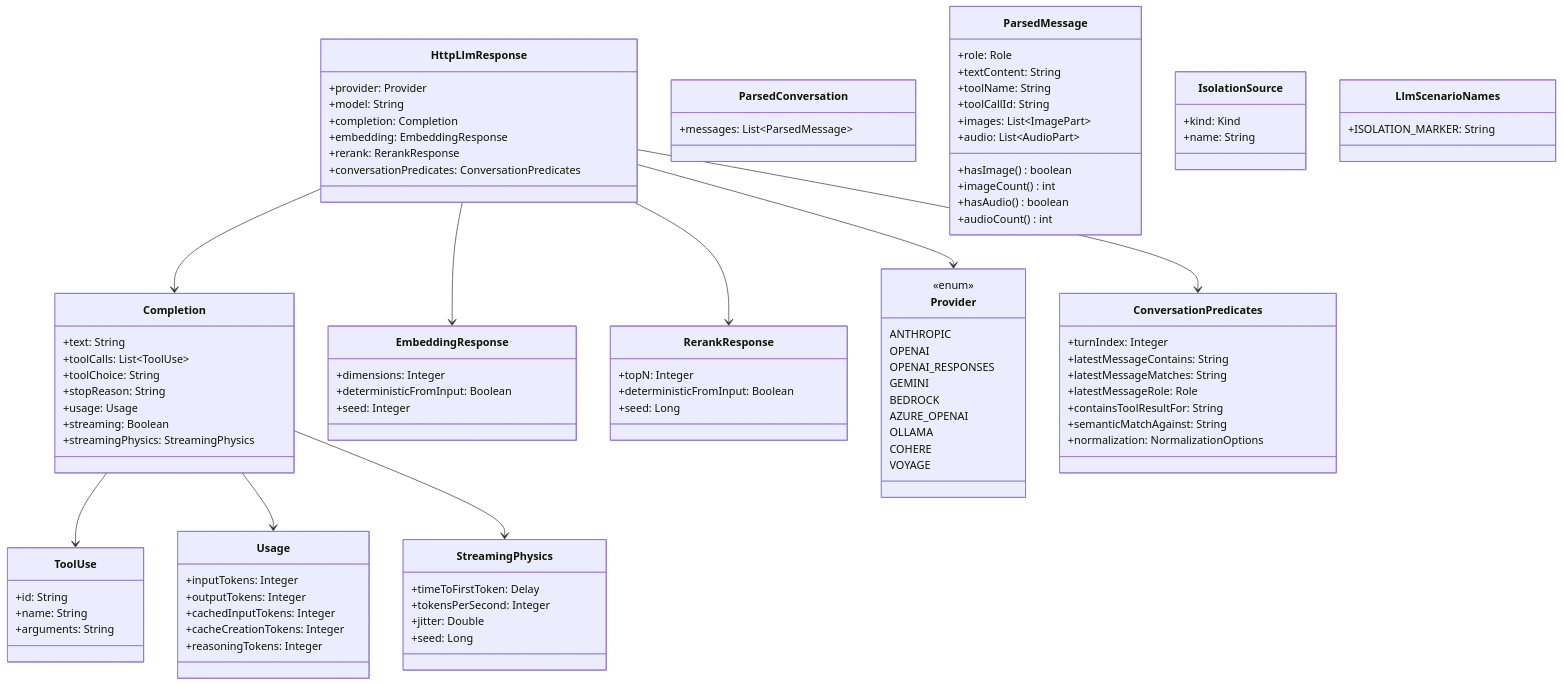
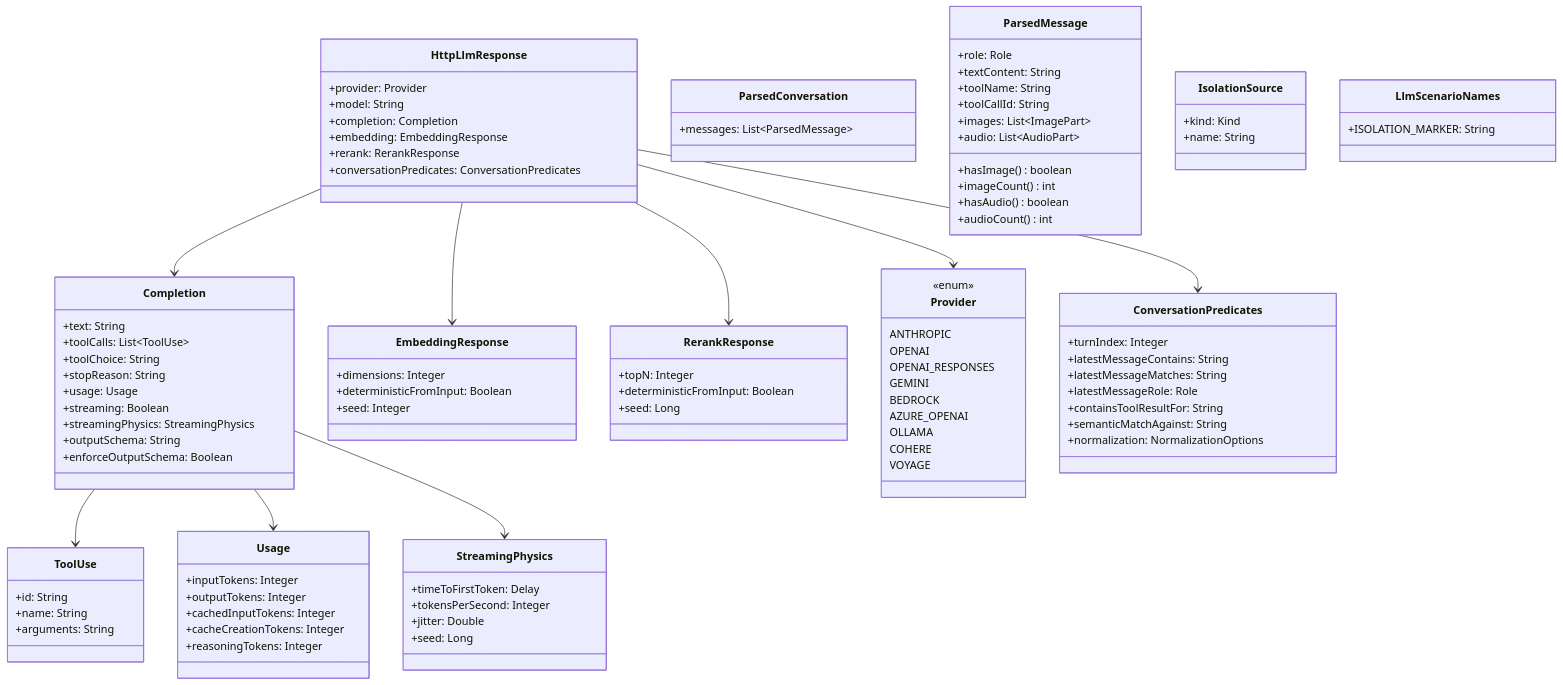
One commit to sean8601/mockserver-monorepo changed the third of 5 diagrams in docs/code/llm-mocking.md. Above: the diagram before and after it, drawn with Mermaid. The commit also changed other lines of this file and 13 other files, not shown here.

```diff
--- a/docs/code/llm-mocking.md
+++ b/docs/code/llm-mocking.md
@@ -309,6 +310,8 @@
         +usage: Usage
         +streaming: Boolean
         +streamingPhysics: StreamingPhysics
+        +outputSchema: String
+        +enforceOutputSchema: Boolean
     }
     class ToolUse {
         +id: String
```
